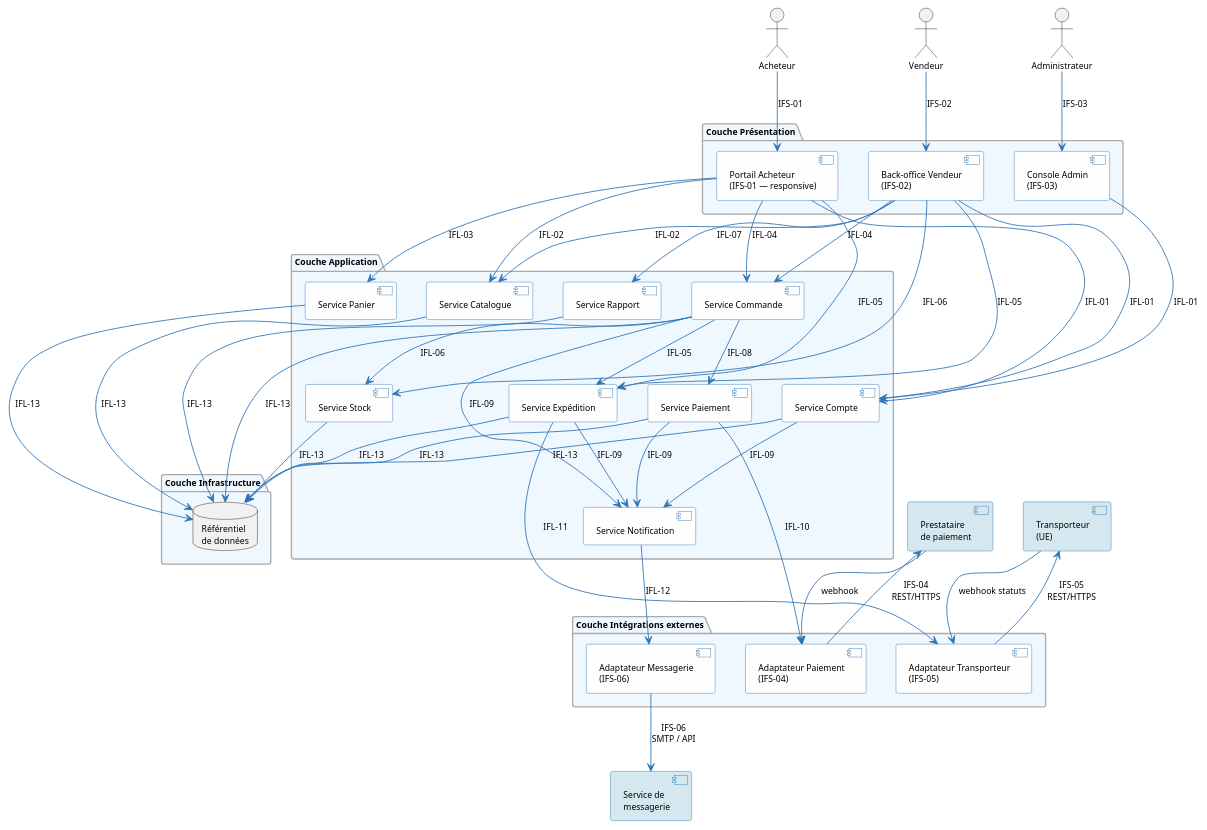
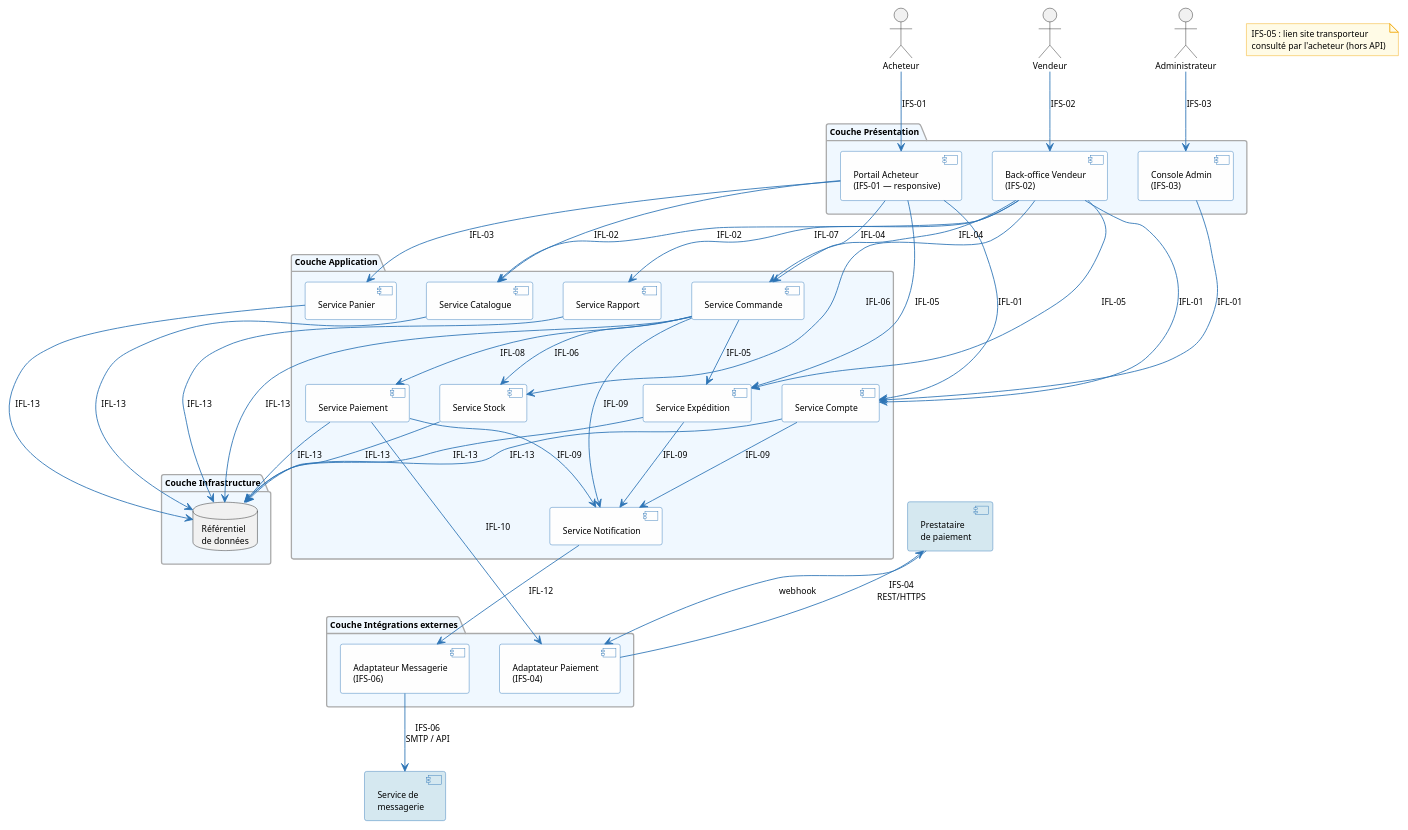
The first of 7 diagrams in architecture/03-logical-architecture/la.adoc (louistalvande/online_shop), drawn with PlantUML before and after one commit. The commit also changed other lines of this file and 4 other files, not shown here.

```diff
--- a/architecture/03-logical-architecture/la.adoc
+++ b/architecture/03-logical-architecture/la.adoc
@@ -152,7 +147,6 @@
 
 package "Couche Intégrations externes" {
   [Adaptateur Paiement\n(IFS-04)] as AdpPayment
-  [Adaptateur Transporteur\n(IFS-05)] as AdpCarrier
   [Adaptateur Messagerie\n(IFS-06)] as AdpMail
 }
 
@@ -161,8 +155,8 @@
 }
 
 component "Prestataire\nde paiement" as ExtPayment #D5E8F0
-component "Transporteur\n(UE)" as ExtCarrier #D5E8F0
 component "Service de\nmessagerie" as ExtMail #D5E8F0
+note "IFS-05 : lien site transporteur\nconsulté par l'acheteur (hors API)" as NCarrier
 
 Buyer --> UI_Buyer : IFS-01
 Vendor --> UI_Vendor : IFS-02
@@ -192,13 +186,10 @@
 SvcShipping --> SvcNotif : IFL-09
 
 SvcPayment --> AdpPayment : IFL-10
-SvcShipping --> AdpCarrier : IFL-11
 SvcNotif --> AdpMail : IFL-12
 
 AdpPayment --> ExtPayment : IFS-04\nREST/HTTPS
 ExtPayment --> AdpPayment : webhook
-AdpCarrier --> ExtCarrier : IFS-05\nREST/HTTPS
-ExtCarrier --> AdpCarrier : webhook statuts
 AdpMail --> ExtMail : IFS-06\nSMTP / API
 
 SvcAccount --> DB : IFL-13
```
